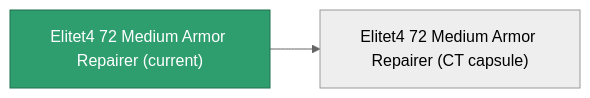
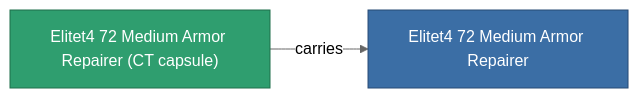
One commit to OpenPerpetuum/Wiki changed the diagram in content/content/items/elitet4_72_medium_armor_repairer.md. Above: the diagram before and after it, drawn with Mermaid (neutral theme). The commit also changed other lines of this file and 2015 other files, not shown here.

````diff
--- a/content/content/items/elitet4_72_medium_armor_repairer.md
+++ b/content/content/items/elitet4_72_medium_armor_repairer.md
@@ -36,8 +36,9 @@
 ```mermaid
 graph LR
-    a["Elitet4 72 Medium Armor Repairer (current)"]:::current
-    b["Elitet4 72 Medium Armor Repairer (CT capsule)"]
-    a --> b
-    click b "/content/items/elitet4-72-medium-armor-repairer-ct-capsule/" "Elitet4 72 Medium Armor Repairer (CT capsule)"
+    a["Elitet4 72 Medium Armor Repairer (CT capsule)"]:::current
+    b["Elitet4 72 Medium Armor Repairer"]:::finished
+    a -->|carries| b
+                click b "/content/items/elitet4-72-medium-armor-repairer/" "Elitet4 72 Medium Armor Repairer"
     classDef current fill:#2f9e6f,stroke:#1f6f4a,color:#ffffff
+    classDef finished fill:#3b6ea5,stroke:#274a75,color:#ffffff
 ```
````
